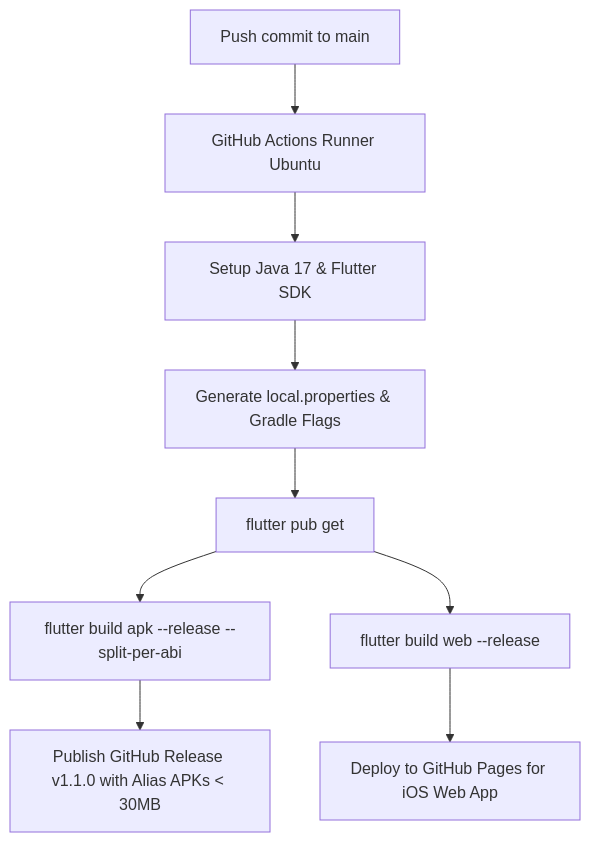
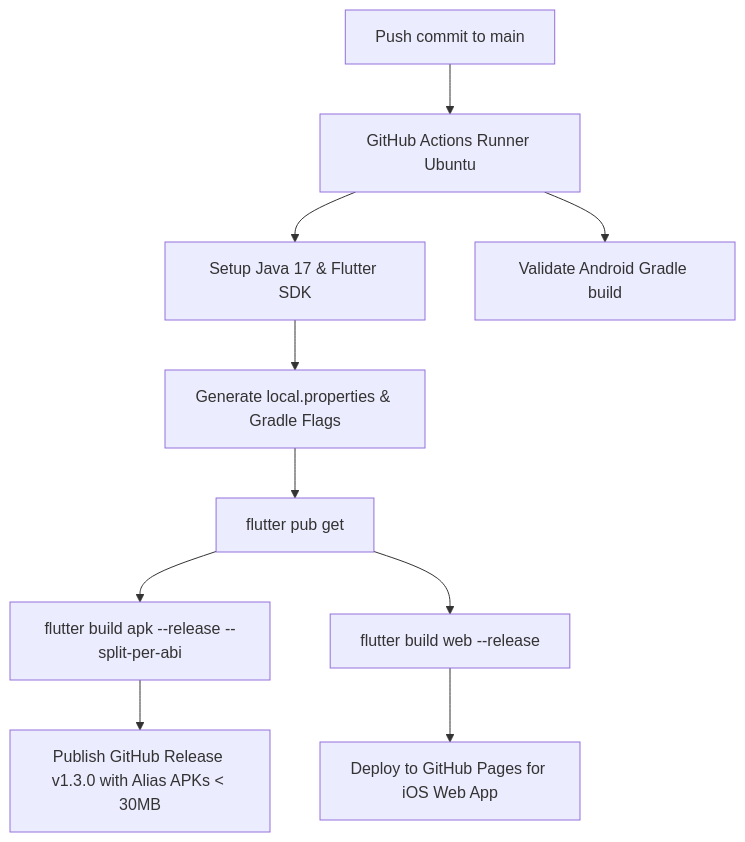
One commit to sadmanerror/Alias changed the diagram in MASTER_GUIDE.md. Above: the diagram before and after it, drawn with Mermaid. The commit also changed other lines of this file and 18 other files, not shown here.

````diff
--- a/MASTER_GUIDE.md
+++ b/MASTER_GUIDE.md
@@ -330,11 +330,12 @@
 ```mermaid
 graph TD
     A[Push commit to main] --> B[GitHub Actions Runner Ubuntu]
     B --> C[Setup Java 17 & Flutter SDK]
+    B --> C2[Validate Android Gradle build]
     C --> D[Generate local.properties & Gradle Flags]
     D --> E[flutter pub get]
     E --> F[flutter build apk --release --split-per-abi]
     E --> G[flutter build web --release]
-    F --> H[Publish GitHub Release v1.1.0 with Alias APKs < 30MB]
+    F --> H[Publish GitHub Release v1.3.0 with Alias APKs < 30MB]
     G --> I[Deploy to GitHub Pages for iOS Web App]
 ```
````
